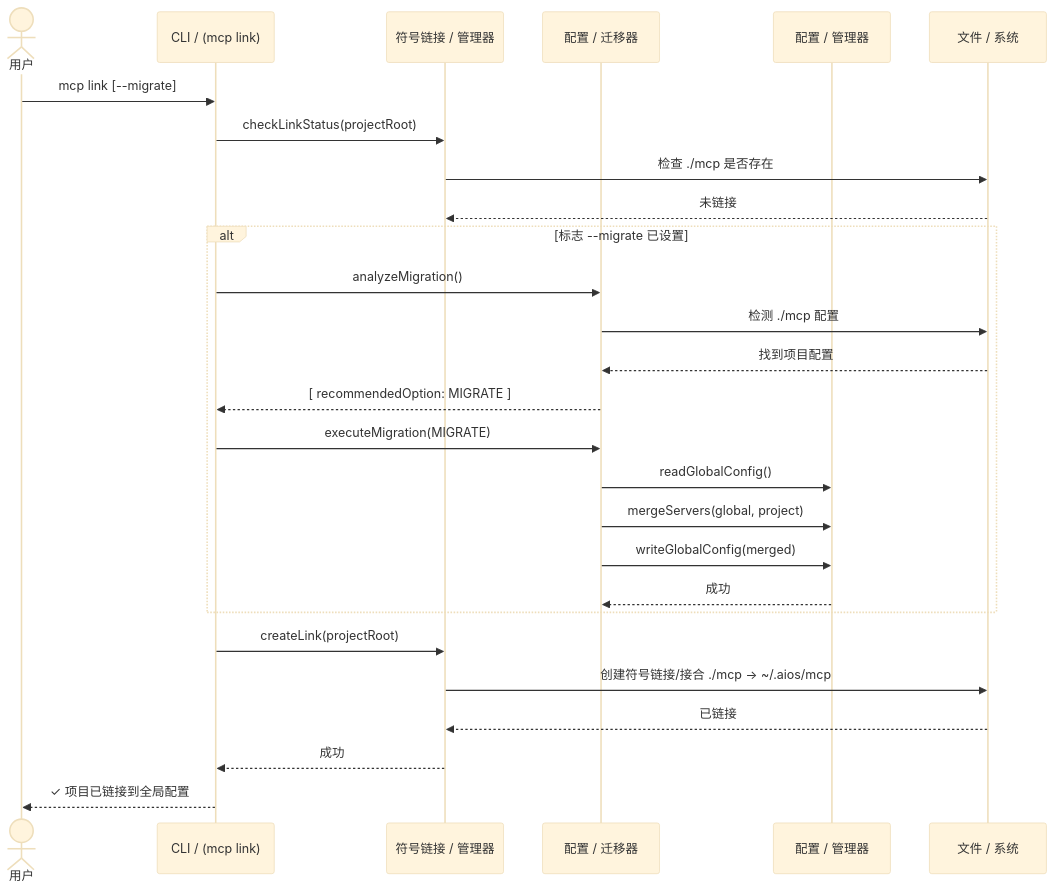
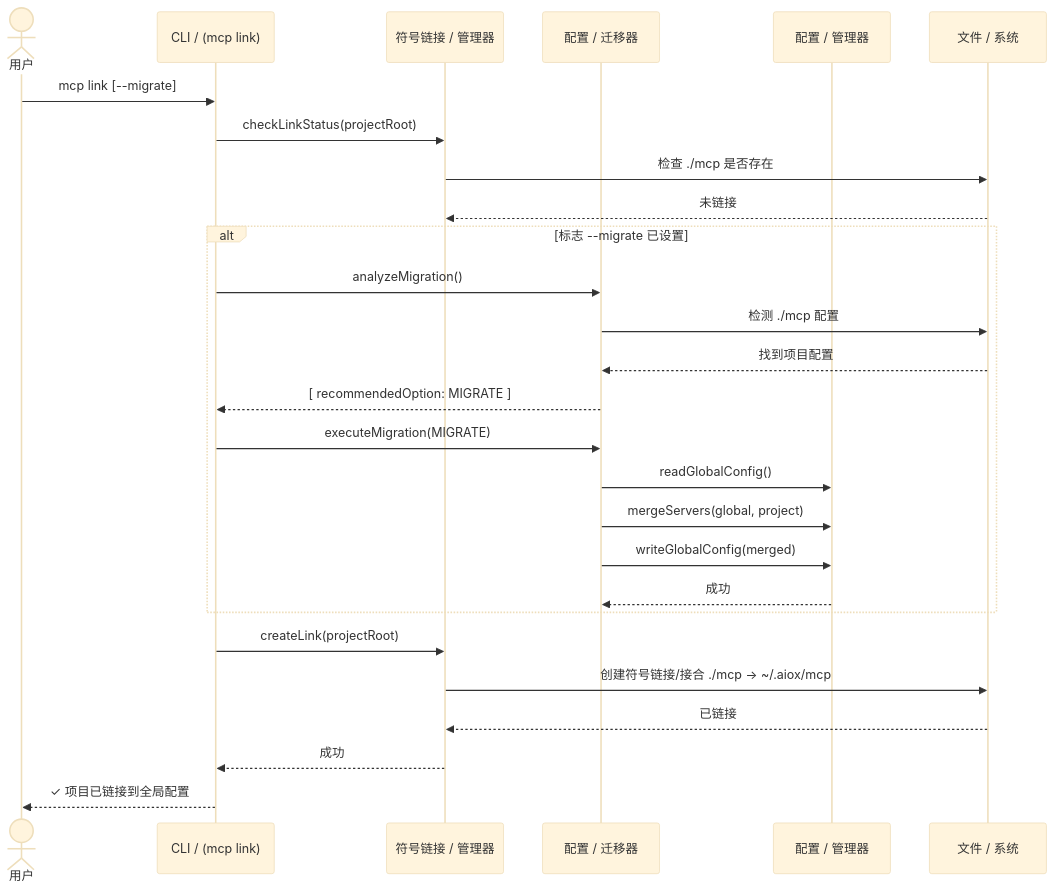
Before and after one commit to bychrisr/aios-docs: the second of 2 diagrams in content/en/docs/zh/architecture/mcp-system-diagrams.mdx, drawn with Mermaid (base theme). The commit also changed other lines of this file and 564 other files, not shown here.

````diff
--- a/content/en/docs/zh/architecture/mcp-system-diagrams.mdx
+++ b/content/en/docs/zh/architecture/mcp-system-diagrams.mdx
@@ -49,30 +49,30 @@
 ```mermaid
 sequenceDiagram
     actor User as 用户
     participant CLI as CLI / (mcp link)
     participant Symlink as 符号链接 / 管理器
     participant Migrator as 配置 / 迁移器
     participant Mgr as 配置 / 管理器
     participant FS as 文件 / 系统
 
     User->>CLI: mcp link [--migrate]
     CLI->>Symlink: checkLinkStatus(projectRoot)
     Symlink->>FS: 检查 ./mcp 是否存在
     FS-->>Symlink: 未链接
     alt 标志 --migrate 已设置
         CLI->>Migrator: analyzeMigration()
         Migrator->>FS: 检测 ./mcp 配置
         FS-->>Migrator: 找到项目配置
         Migrator-->>CLI: [ recommendedOption: MIGRATE ]
         CLI->>Migrator: executeMigration(MIGRATE)
         Migrator->>Mgr: readGlobalConfig()
         Migrator->>Mgr: mergeServers(global, project)
         Migrator->>Mgr: writeGlobalConfig(merged)
         Mgr-->>Migrator: 成功
     end
     CLI->>Symlink: createLink(projectRoot)
-    Symlink->>FS: 创建符号链接/接合 ./mcp → ~/.aios/mcp
+    Symlink->>FS: 创建符号链接/接合 ./mcp → ~/.aiox/mcp
     FS-->>Symlink: 已链接
     Symlink-->>CLI: 成功
     CLI-->>User: ✓ 项目已链接到全局配置
 ```
````
